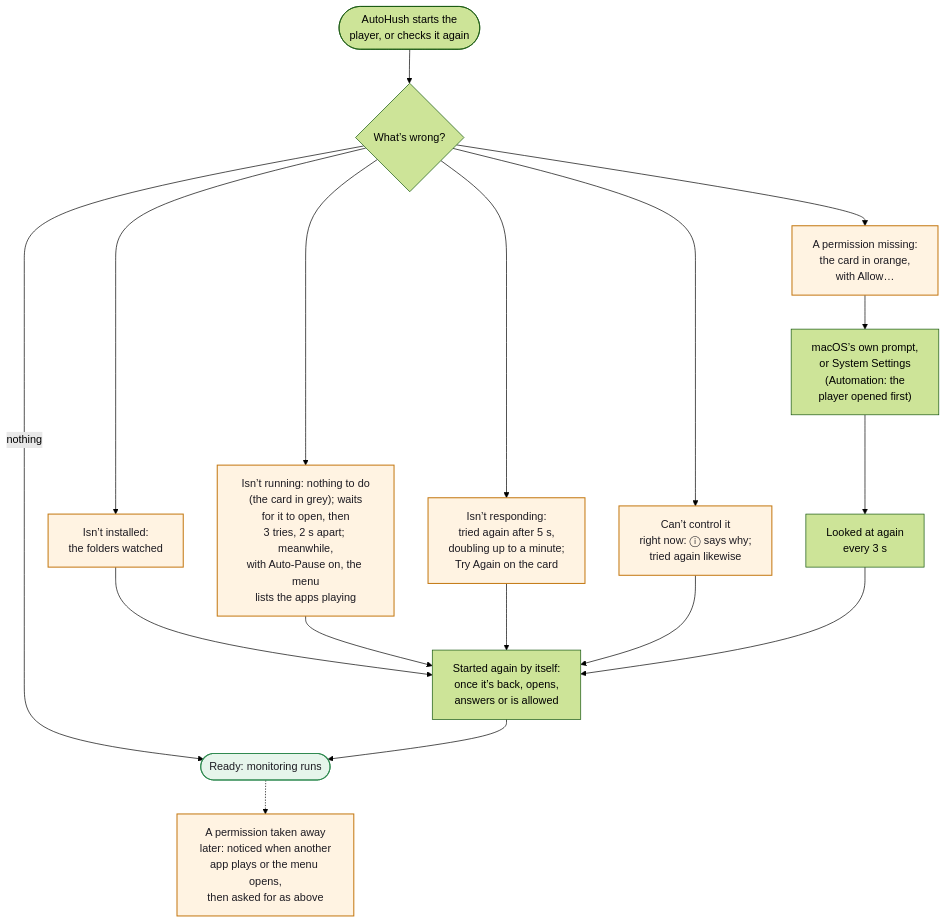
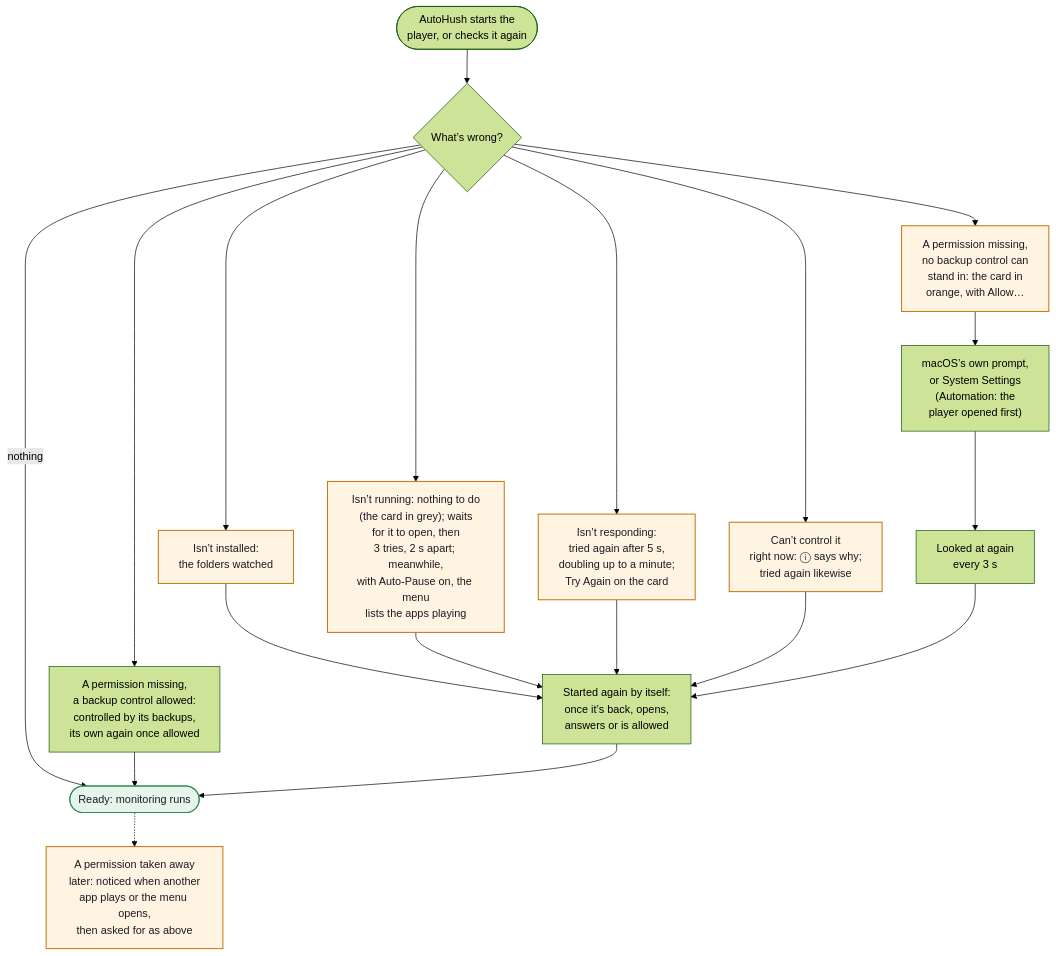
One commit to hfustercabre/AutoHush changed diagram 13 of 14 in WORKFLOWS.md. Above: the diagram before and after it, drawn with Mermaid (forest theme). The commit also changed other lines of this file and 44 other files, not shown here.

First line of the commit message:
feat: choose a player's main control in Fine-Tuning, and backup controls stand in for a missing permission

````diff
--- a/WORKFLOWS.md
+++ b/WORKFLOWS.md
@@ -751,30 +751,32 @@
 ```mermaid
 flowchart TD
   S(["AutoHush starts the<br/>player, or checks it again"])
   W{"What’s wrong?"}
   INS["Isn’t installed:<br/>the folders watched"]
   RUN["Isn’t running: nothing to do<br/>(the card in grey); waits<br/>for it to open, then<br/>3 tries, 2 s apart; meanwhile,<br/>with Auto-Pause on, the menu<br/>lists the apps playing"]
   RESP["Isn’t responding:<br/>tried again after 5 s,<br/>doubling up to a minute;<br/>Try Again on the card"]
   CTRL["Can’t control it<br/>right now: ⓘ says why;<br/>tried again likewise"]
-  PERM["A permission missing:<br/>the card in orange,<br/>with Allow…"]
+  PERM["A permission missing,<br/>no backup control can<br/>stand in: the card in<br/>orange, with Allow…"]
+  BACK["A permission missing,<br/>a backup control allowed:<br/>controlled by its backups,<br/>its own again once allowed"]
   MACOS["macOS’s own prompt,<br/>or System Settings<br/>(Automation: the<br/>player opened first)"]
   TRY["Looked at again<br/>every 3 s"]
   AGAIN["Started again by itself:<br/>once it’s back, opens,<br/>answers or is allowed"]
   READY(["Ready: monitoring runs"])
   LOST["A permission taken away<br/>later: noticed when another<br/>app plays or the menu opens,<br/>then asked for as above"]
 
   S --> W
   W -->|"nothing"| READY
+  W --> BACK --> READY
   W --> INS --> AGAIN
   W --> RUN --> AGAIN
   W --> RESP --> AGAIN
   W --> CTRL --> AGAIN
   W --> PERM --> MACOS --> TRY --> AGAIN
   AGAIN --> READY
   READY -.-> LOST
 
   class INS,RUN,RESP,CTRL,PERM,LOST warn
   class READY done
   classDef warn fill:#fff3e2,stroke:#c47812,stroke-width:1.5px,color:#1d1b22
   classDef done fill:#e6f5eb,stroke:#2f8a50,stroke-width:1.5px,color:#1d1b22
 ```
````
